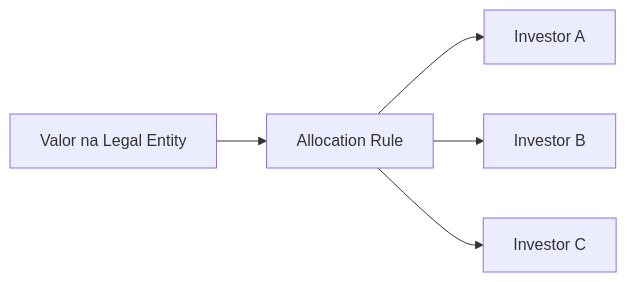
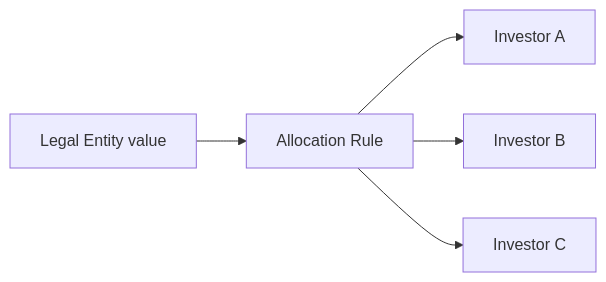
The second of 3 diagrams in docs/allocation-rules/types-and-methods.md (msekimoto/investran), drawn with Mermaid before and after one commit. The commit also changed other lines of this file and 52 other files, not shown here.

````diff
--- a/docs/allocation-rules/types-and-methods.md
+++ b/docs/allocation-rules/types-and-methods.md
@@ -97,7 +97,7 @@
 ```mermaid
 flowchart LR
-    LE[Valor na Legal Entity] --> AR[Allocation Rule]
+    LE[Legal Entity value] --> AR[Allocation Rule]
     AR --> P1[Investor A]
     AR --> P2[Investor B]
     AR --> P3[Investor C]
 ```
````
